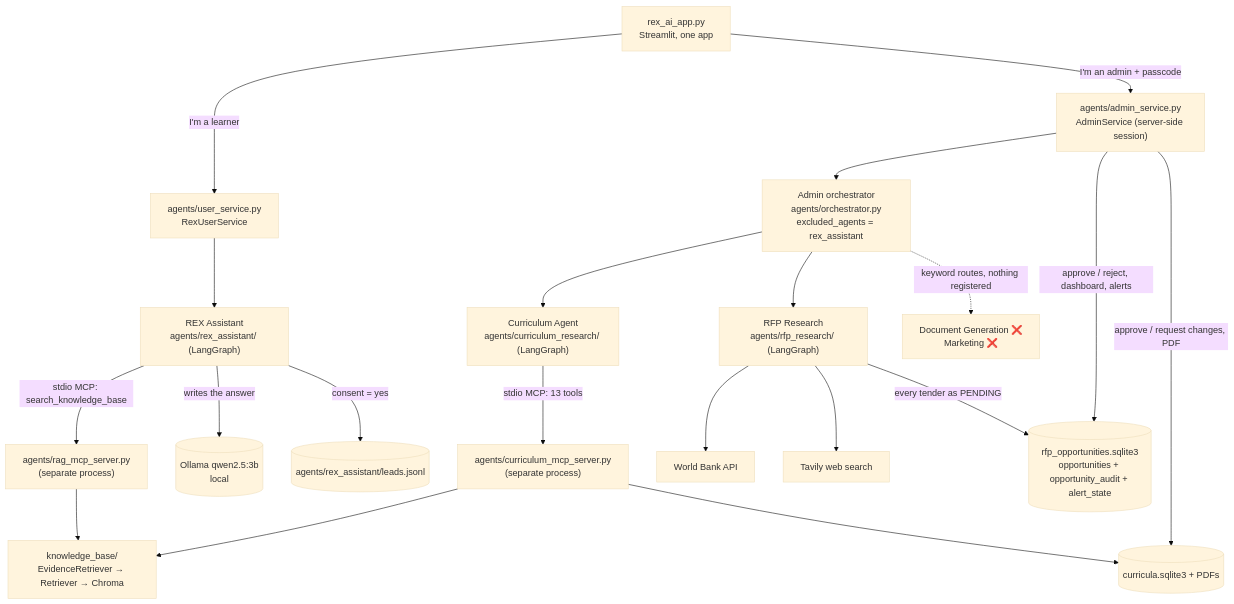
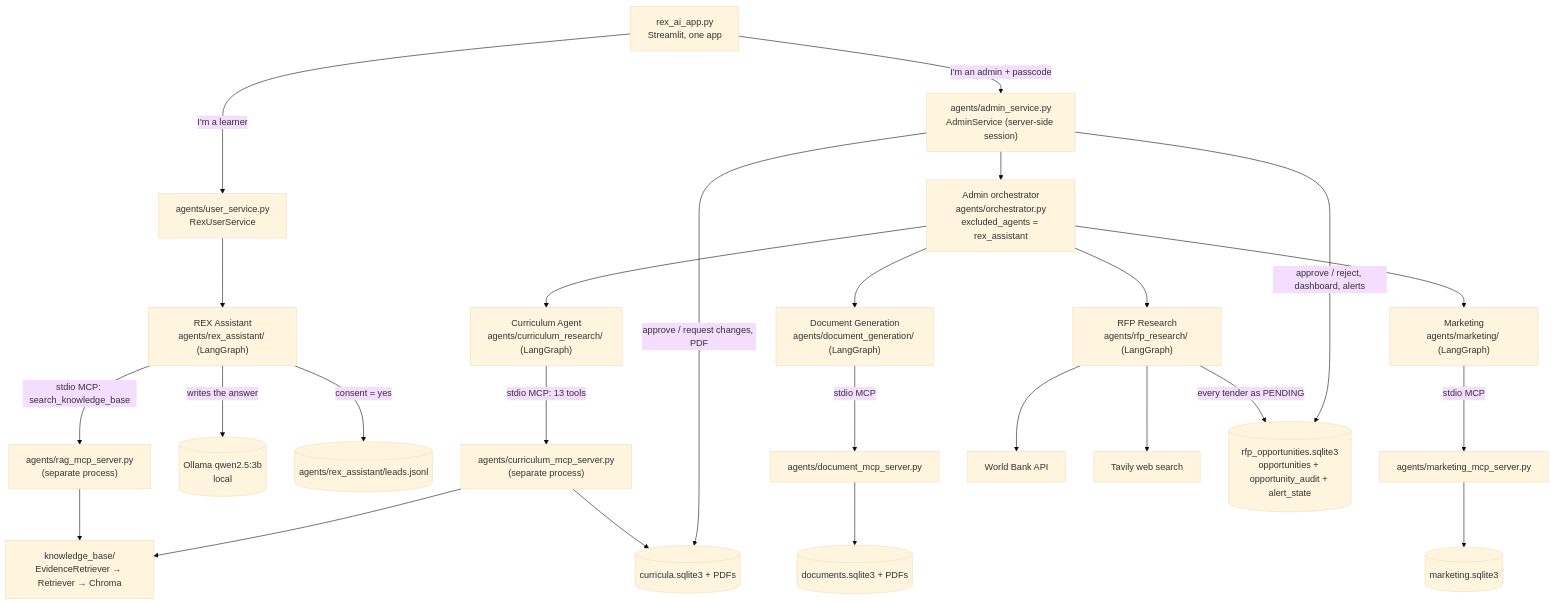
The first of 5 diagrams in docs/PROJECT_TECHNICAL_GUIDE.md (MennaElsekily/rex-ai), drawn with Mermaid (base theme) before and after one commit. The commit also changed other lines of this file and 89 other files, not shown here.

````diff
--- a/docs/PROJECT_TECHNICAL_GUIDE.md
+++ b/docs/PROJECT_TECHNICAL_GUIDE.md
@@ -71,24 +71,29 @@
 ```mermaid
 flowchart TB
     UI["rex_ai_app.py<br/>Streamlit, one app"] -->|"I'm a learner"| US["agents/user_service.py<br/>RexUserService"]
     UI -->|"I'm an admin + passcode"| AS["agents/admin_service.py<br/>AdminService (server-side session)"]
 
     US --> REX["REX Assistant<br/>agents/rex_assistant/ (LangGraph)"]
     REX -->|"stdio MCP: search_knowledge_base"| MCP["agents/rag_mcp_server.py<br/>(separate process)"]
     MCP --> KB["knowledge_base/<br/>EvidenceRetriever → Retriever → Chroma"]
     REX -->|"writes the answer"| LLM[("Ollama qwen2.5:3b<br/>local")]
     REX -->|"consent = yes"| LEADS[("agents/rex_assistant/leads.jsonl")]
 
     AS --> ORC["Admin orchestrator<br/>agents/orchestrator.py<br/>excluded_agents = rex_assistant"]
     ORC --> RFP["RFP Research<br/>agents/rfp_research/ (LangGraph)"]
     ORC --> CUR["Curriculum Agent<br/>agents/curriculum_research/ (LangGraph)"]
     CUR -->|"stdio MCP: 13 tools"| CMCP["agents/curriculum_mcp_server.py<br/>(separate process)"]
     CMCP --> KB
     CMCP --> CST[("curricula.sqlite3 + PDFs")]
     AS -->|"approve / request changes, PDF"| CST
-    ORC -.->|"keyword routes, nothing registered"| MISSING["Document Generation ❌<br/>Marketing ❌"]
+    ORC --> DOC["Document Generation<br/>agents/document_generation/ (LangGraph)"]
+    DOC -->|"stdio MCP"| DMCP["agents/document_mcp_server.py"]
+    DMCP --> DST[("documents.sqlite3 + PDFs")]
+    ORC --> MKT["Marketing<br/>agents/marketing/ (LangGraph)"]
+    MKT -->|"stdio MCP"| MMCP["agents/marketing_mcp_server.py"]
+    MMCP --> MST[("marketing.sqlite3")]
     RFP --> WB["World Bank API"]
     RFP --> TAV["Tavily web search"]
     RFP -->|"every tender as PENDING"| OPP[("rfp_opportunities.sqlite3<br/>opportunities + opportunity_audit + alert_state")]
     AS -->|"approve / reject, dashboard, alerts"| OPP
 ```
````
